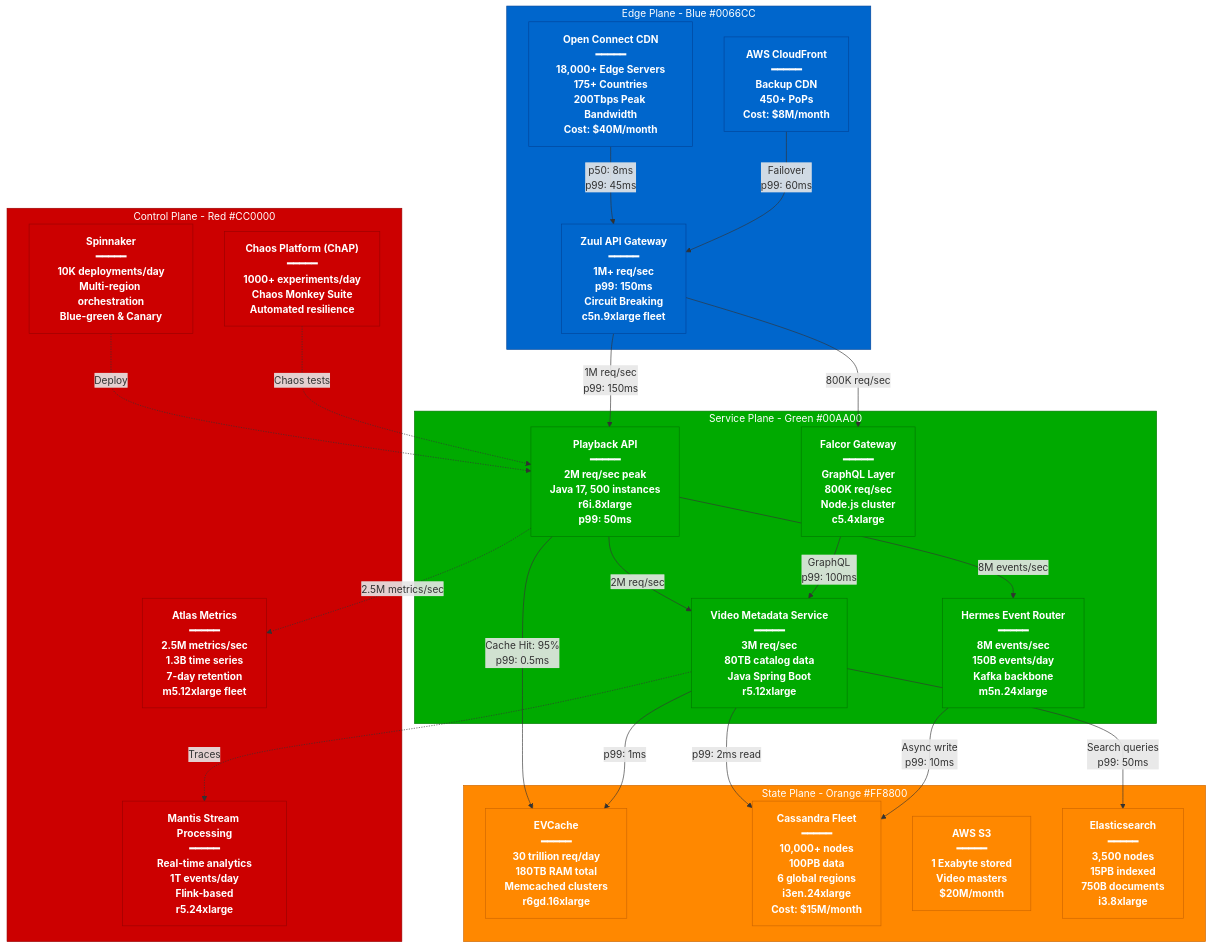
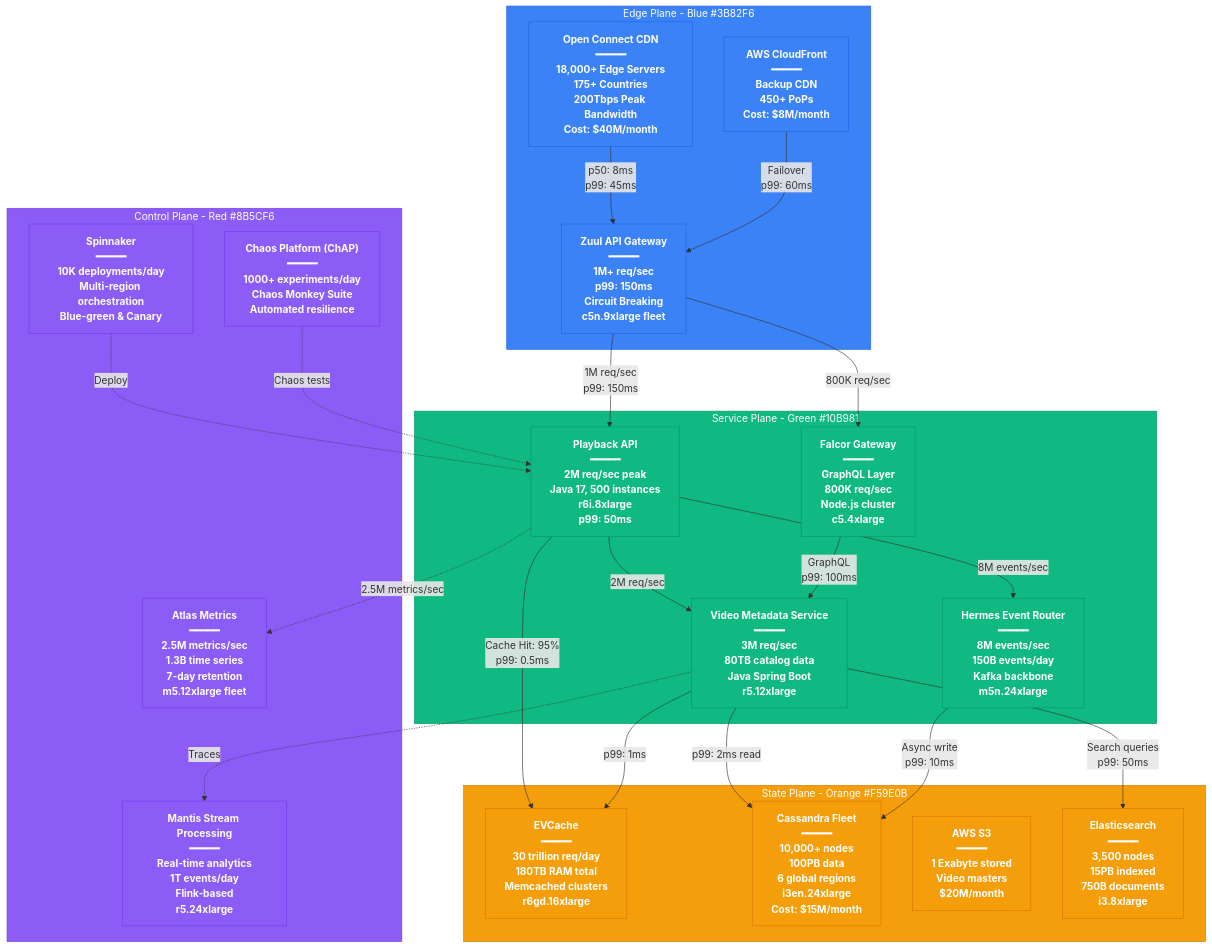
The diagram in site/docs/systems/netflix/architecture.md (deepaucksharma/DS), drawn with Mermaid before and after one commit. The commit also changed 303 other files, not shown here.

````diff
--- a/site/docs/systems/netflix/architecture.md
+++ b/site/docs/systems/netflix/architecture.md
@@ -7,79 +7,79 @@
 ```mermaid
 graph TB
-    subgraph EdgePlane["Edge Plane - Blue #0066CC"]
-        style EdgePlane fill:#0066CC,stroke:#004499,color:#fff
+    subgraph EdgePlane["Edge Plane - Blue #3B82F6"]
+        style EdgePlane fill:#3B82F6,stroke:#2563EB,color:#fff
 
         CDN["Open Connect CDN<br/>━━━━━<br/>18,000+ Edge Servers<br/>175+ Countries<br/>200Tbps Peak Bandwidth<br/>Cost: $40M/month"]
 
         AWSCF["AWS CloudFront<br/>━━━━━<br/>Backup CDN<br/>450+ PoPs<br/>Cost: $8M/month"]
 
         Zuul["Zuul API Gateway<br/>━━━━━<br/>1M+ req/sec<br/>p99: 150ms<br/>Circuit Breaking<br/>c5n.9xlarge fleet"]
     end
 
-    subgraph ServicePlane["Service Plane - Green #00AA00"]
-        style ServicePlane fill:#00AA00,stroke:#007700,color:#fff
+    subgraph ServicePlane["Service Plane - Green #10B981"]
+        style ServicePlane fill:#10B981,stroke:#059669,color:#fff
 
         PlayAPI["Playback API<br/>━━━━━<br/>2M req/sec peak<br/>Java 17, 500 instances<br/>r6i.8xlarge<br/>p99: 50ms"]
 
         Hermes["Hermes Event Router<br/>━━━━━<br/>8M events/sec<br/>150B events/day<br/>Kafka backbone<br/>m5n.24xlarge"]
 
         Falcor["Falcor Gateway<br/>━━━━━<br/>GraphQL Layer<br/>800K req/sec<br/>Node.js cluster<br/>c5.4xlarge"]
 
         VideoService["Video Metadata Service<br/>━━━━━<br/>3M req/sec<br/>80TB catalog data<br/>Java Spring Boot<br/>r5.12xlarge"]
     end
 
-    subgraph StatePlane["State Plane - Orange #FF8800"]
-        style StatePlane fill:#FF8800,stroke:#CC6600,color:#fff
+    subgraph StatePlane["State Plane - Orange #F59E0B"]
+        style StatePlane fill:#F59E0B,stroke:#D97706,color:#fff
 
         EVCache["EVCache<br/>━━━━━<br/>30 trillion req/day<br/>180TB RAM total<br/>Memcached clusters<br/>r6gd.16xlarge"]
 
         Cassandra["Cassandra Fleet<br/>━━━━━<br/>10,000+ nodes<br/>100PB data<br/>6 global regions<br/>i3en.24xlarge<br/>Cost: $15M/month"]
 
         S3Storage["AWS S3<br/>━━━━━<br/>1 Exabyte stored<br/>Video masters<br/>$20M/month"]
 
         ES["Elasticsearch<br/>━━━━━<br/>3,500 nodes<br/>15PB indexed<br/>750B documents<br/>i3.8xlarge"]
     end
 
-    subgraph ControlPlane["Control Plane - Red #CC0000"]
-        style ControlPlane fill:#CC0000,stroke:#990000,color:#fff
+    subgraph ControlPlane["Control Plane - Red #8B5CF6"]
+        style ControlPlane fill:#8B5CF6,stroke:#7C3AED,color:#fff
 
         Spinnaker["Spinnaker<br/>━━━━━<br/>10K deployments/day<br/>Multi-region orchestration<br/>Blue-green & Canary"]
 
         Atlas["Atlas Metrics<br/>━━━━━<br/>2.5M metrics/sec<br/>1.3B time series<br/>7-day retention<br/>m5.12xlarge fleet"]
 
         Mantis["Mantis Stream Processing<br/>━━━━━<br/>Real-time analytics<br/>1T events/day<br/>Flink-based<br/>r5.24xlarge"]
 
         ChAP["Chaos Platform (ChAP)<br/>━━━━━<br/>1000+ experiments/day<br/>Chaos Monkey Suite<br/>Automated resilience"]
     end
 
     %% Connections with real metrics
     CDN -->|"p50: 8ms<br/>p99: 45ms"| Zuul
     AWSCF -->|"Failover<br/>p99: 60ms"| Zuul
     Zuul -->|"1M req/sec<br/>p99: 150ms"| PlayAPI
     Zuul -->|"800K req/sec"| Falcor
     PlayAPI -->|"Cache Hit: 95%<br/>p99: 0.5ms"| EVCache
     PlayAPI -->|"2M req/sec"| VideoService
     VideoService -->|"p99: 2ms read"| Cassandra
     VideoService -->|"p99: 1ms"| EVCache
     Falcor -->|"GraphQL<br/>p99: 100ms"| VideoService
     PlayAPI -->|"8M events/sec"| Hermes
     Hermes -->|"Async write<br/>p99: 10ms"| Cassandra
     VideoService -->|"Search queries<br/>p99: 50ms"| ES
 
     %% Control plane monitoring
     PlayAPI -.->|"2.5M metrics/sec"| Atlas
     VideoService -.->|"Traces"| Mantis
     Spinnaker -.->|"Deploy"| PlayAPI
     ChAP -.->|"Chaos tests"| PlayAPI
 
     %% Apply standard colors
-    classDef edgeStyle fill:#0066CC,stroke:#004499,color:#fff,font-weight:bold
-    classDef serviceStyle fill:#00AA00,stroke:#007700,color:#fff,font-weight:bold
-    classDef stateStyle fill:#FF8800,stroke:#CC6600,color:#fff,font-weight:bold
-    classDef controlStyle fill:#CC0000,stroke:#990000,color:#fff,font-weight:bold
+    classDef edgeStyle fill:#3B82F6,stroke:#2563EB,color:#fff,font-weight:bold
+    classDef serviceStyle fill:#10B981,stroke:#059669,color:#fff,font-weight:bold
+    classDef stateStyle fill:#F59E0B,stroke:#D97706,color:#fff,font-weight:bold
+    classDef controlStyle fill:#8B5CF6,stroke:#7C3AED,color:#fff,font-weight:bold
 
     class CDN,AWSCF,Zuul edgeStyle
     class PlayAPI,Hermes,Falcor,VideoService serviceStyle
     class EVCache,Cassandra,S3Storage,ES stateStyle
     class Spinnaker,Atlas,Mantis,ChAP controlStyle
 ```
````
